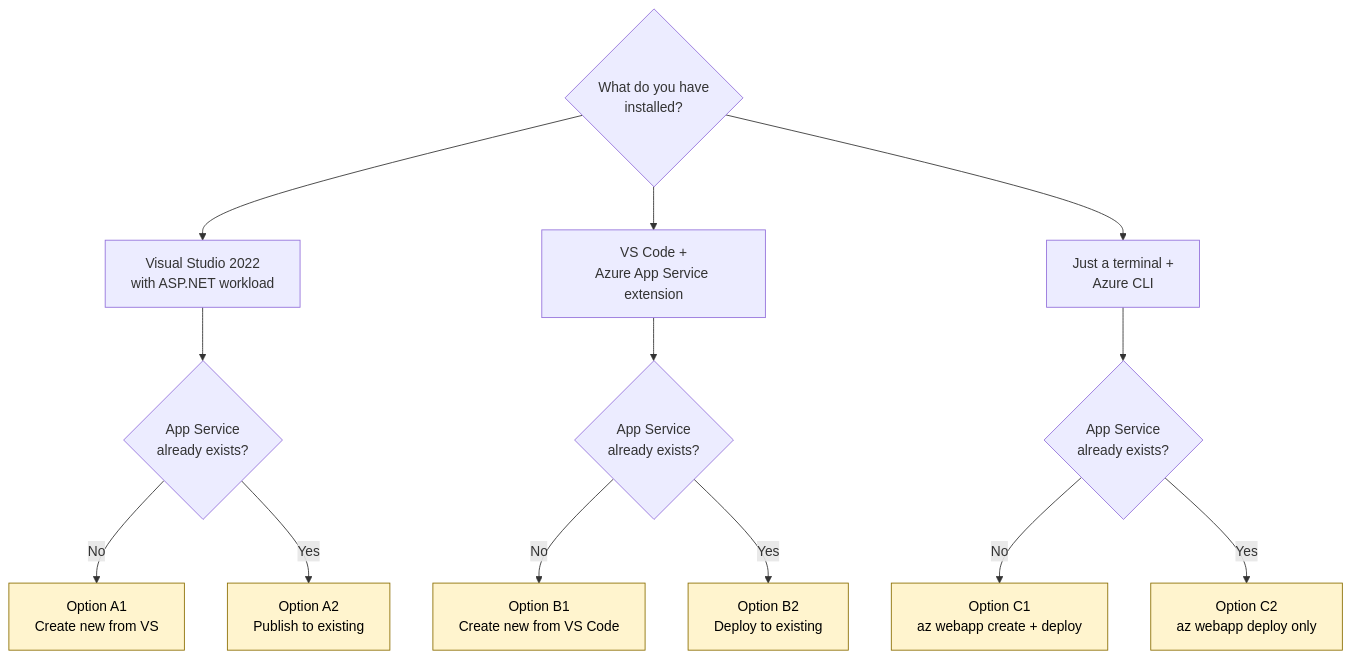
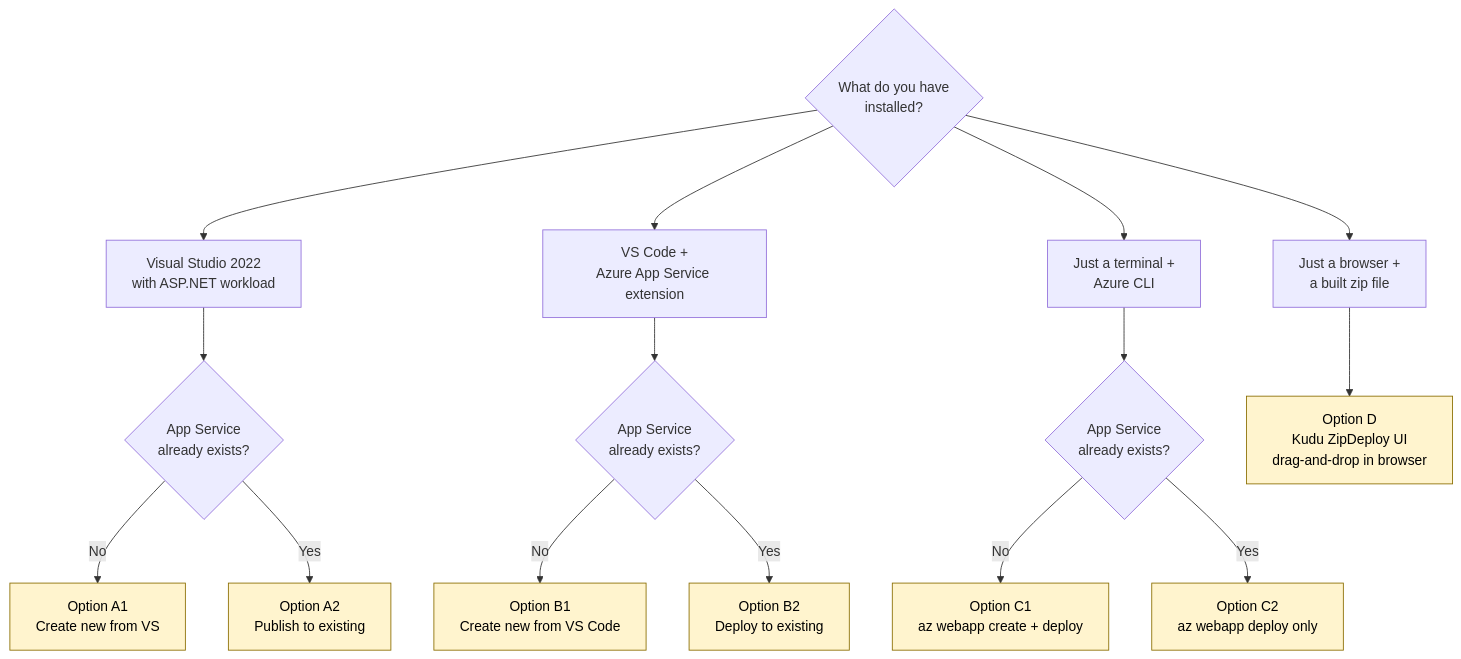
One commit to manju6685/AppServiceScenarios changed the second of 2 diagrams in README.md. Above: the diagram before and after it, drawn with Mermaid. The commit also changed other lines of this file, not shown here.

First line of the commit message:
docs: add Option 3.D - drag-and-drop zip via Kudu ZipDeploy UI

````diff
--- a/README.md
+++ b/README.md
@@ -197,20 +198,22 @@
 ```mermaid
 flowchart TD
     Q{What do you have<br/>installed?} --> VS[Visual Studio 2022<br/>with ASP.NET workload]
     Q --> VSC[VS Code +<br/>Azure App Service extension]
     Q --> CLI[Just a terminal +<br/>Azure CLI]
+    Q --> BRW[Just a browser +<br/>a built zip file]
 
     VS --> VSDec{App Service<br/>already exists?}
     VSC --> VSCDec{App Service<br/>already exists?}
     CLI --> CLIDec{App Service<br/>already exists?}
 
     VSDec -->|No| A1[Option A1<br/>Create new from VS]
     VSDec -->|Yes| A2[Option A2<br/>Publish to existing]
     VSCDec -->|No| B1[Option B1<br/>Create new from VS Code]
     VSCDec -->|Yes| B2[Option B2<br/>Deploy to existing]
     CLIDec -->|No| C1[Option C1<br/>az webapp create + deploy]
     CLIDec -->|Yes| C2[Option C2<br/>az webapp deploy only]
+    BRW --> D[Option D<br/>Kudu ZipDeploy UI<br/>drag-and-drop in browser]
 
     classDef opt fill:#FFF4CE,stroke:#8A6D00,color:#000;
-    class A1,A2,B1,B2,C1,C2 opt;
+    class A1,A2,B1,B2,C1,C2,D opt;
 ```
````
